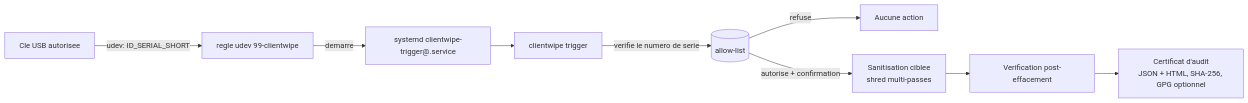
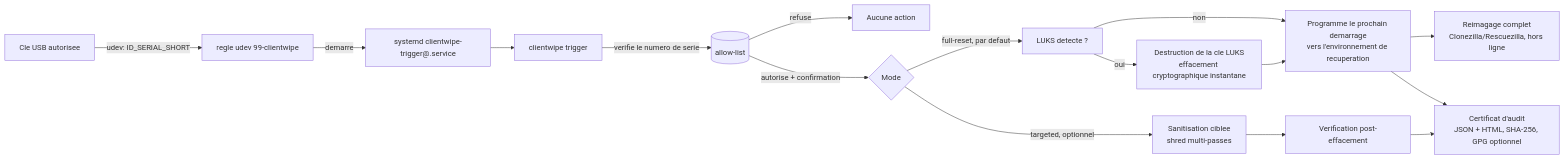
The diagram in README.md (Kirua78/clientwipe), drawn with Mermaid before and after one commit. The commit also changed other lines of this file and 15 other files, not shown here.

````diff
--- a/README.md
+++ b/README.md
@@ -23,11 +23,18 @@
 ```mermaid
 flowchart LR
     USB[Cle USB autorisee] -->|udev: ID_SERIAL_SHORT| Rule[regle udev 99-clientwipe]
     Rule -->|demarre| Service[systemd clientwipe-trigger@.service]
     Service --> Trigger[clientwipe trigger]
     Trigger -->|verifie le numero de serie| Allowlist[(allow-list)]
     Allowlist -->|refuse| Stop[Aucune action]
-    Allowlist -->|autorise + confirmation| Sanitize[Sanitisation ciblee<br/>shred multi-passes]
+    Allowlist -->|autorise + confirmation| Mode{Mode}
+    Mode -->|full-reset, par defaut| Luks[LUKS detecte ?]
+    Luks -->|oui| Erase[Destruction de la cle LUKS<br/>effacement cryptographique instantane]
+    Luks -->|non| Reboot
+    Erase --> Reboot[Programme le prochain demarrage<br/>vers l'environnement de recuperation]
+    Reboot --> Reimage[Reimagage complet<br/>Clonezilla/Rescuezilla, hors ligne]
+    Mode -->|targeted, optionnel| Sanitize[Sanitisation ciblee<br/>shred multi-passes]
     Sanitize --> Verify[Verification post-effacement]
-    Verify --> Cert[Certificat d'audit<br/>JSON + HTML, SHA-256, GPG optionnel]
+    Reboot --> Cert[Certificat d'audit<br/>JSON + HTML, SHA-256, GPG optionnel]
+    Verify --> Cert
 ```
````
